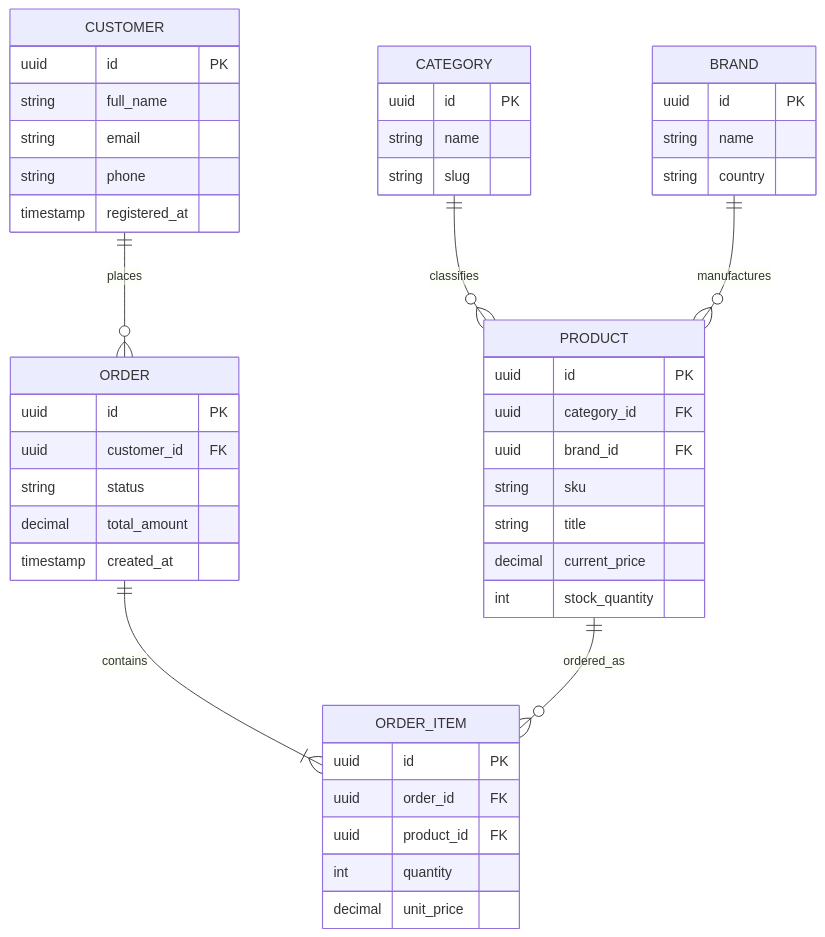
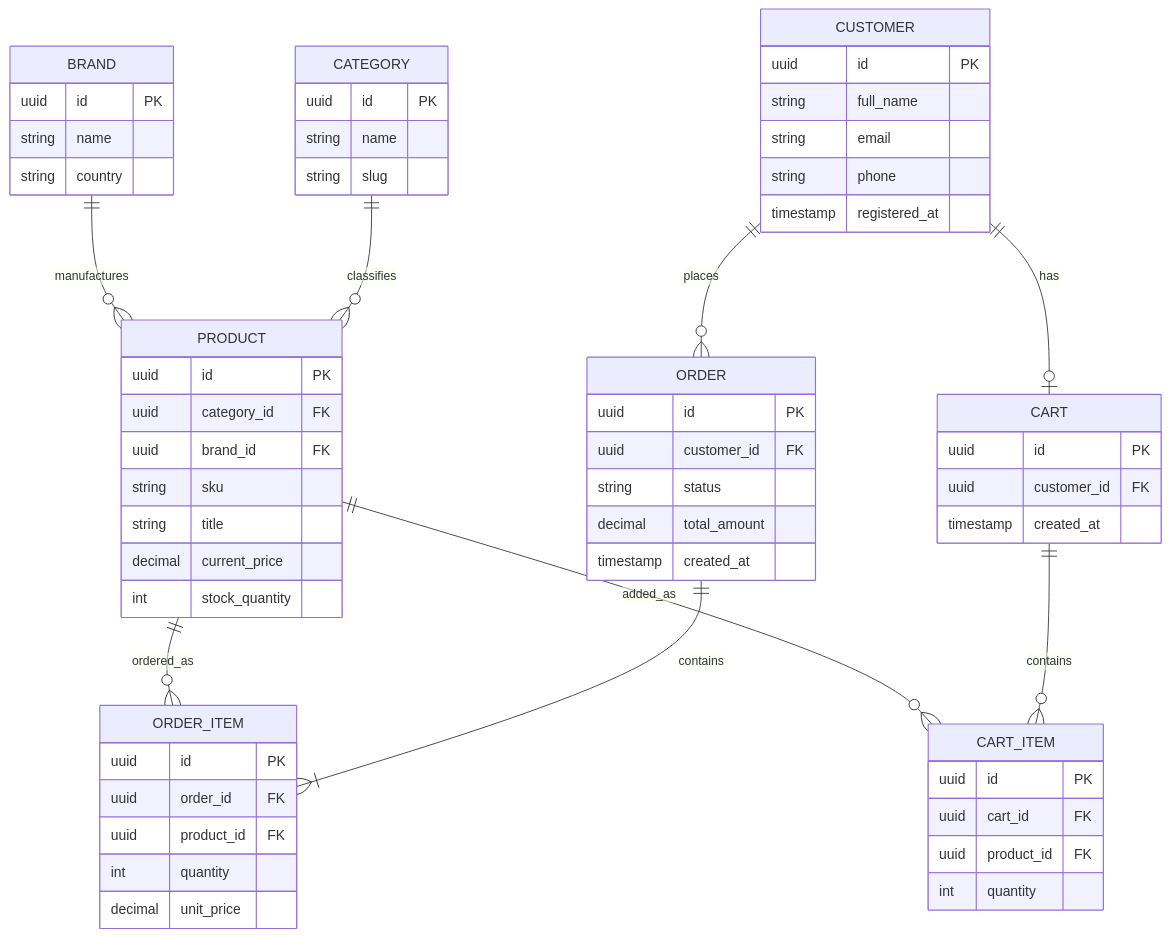
One commit to AlegZabivnoy/Software-engineering-components-2- changed the diagram in diagram.mmd. Above: the diagram before and after it, drawn with Mermaid. The commit also changed 3 other files, not shown here.

Commit message:
feat: add Cart/CartItem entities to data model, add use-case diagram in spec.md, add AI promts history, Also fixed README.md order status list to match spec.md

```diff
--- a/diagram.mmd
+++ b/diagram.mmd
@@ -1,53 +1,69 @@
 erDiagram
 
 CUSTOMER ||--o{ ORDER : places
 ORDER ||--|{ ORDER_ITEM : contains
 PRODUCT ||--o{ ORDER_ITEM : ordered_as
 CATEGORY ||--o{ PRODUCT : classifies
 BRAND ||--o{ PRODUCT : manufactures
+CUSTOMER ||--o| CART : has
+CART ||--o{ CART_ITEM : contains
+PRODUCT ||--o{ CART_ITEM : added_as
 
 CUSTOMER {
     uuid id PK
     string full_name
     string email
     string phone
     timestamp registered_at
 }
 
 ORDER {
     uuid id PK
     uuid customer_id FK
     string status
     decimal total_amount
     timestamp created_at
 }
 
 ORDER_ITEM {
     uuid id PK
     uuid order_id FK
     uuid product_id FK
     int quantity
     decimal unit_price
 }
 
 PRODUCT {
     uuid id PK
     uuid category_id FK
     uuid brand_id FK
     string sku
     string title
     decimal current_price
     int stock_quantity
 }
 
 CATEGORY {
     uuid id PK
     string name
     string slug
 }
 
 BRAND {
     uuid id PK
     string name
     string country
 }
+
+CART {
+    uuid id PK
+    uuid customer_id FK
+    timestamp created_at
+}
+
+CART_ITEM {
+    uuid id PK
+    uuid cart_id FK
+    uuid product_id FK
+    int quantity
+}
```
